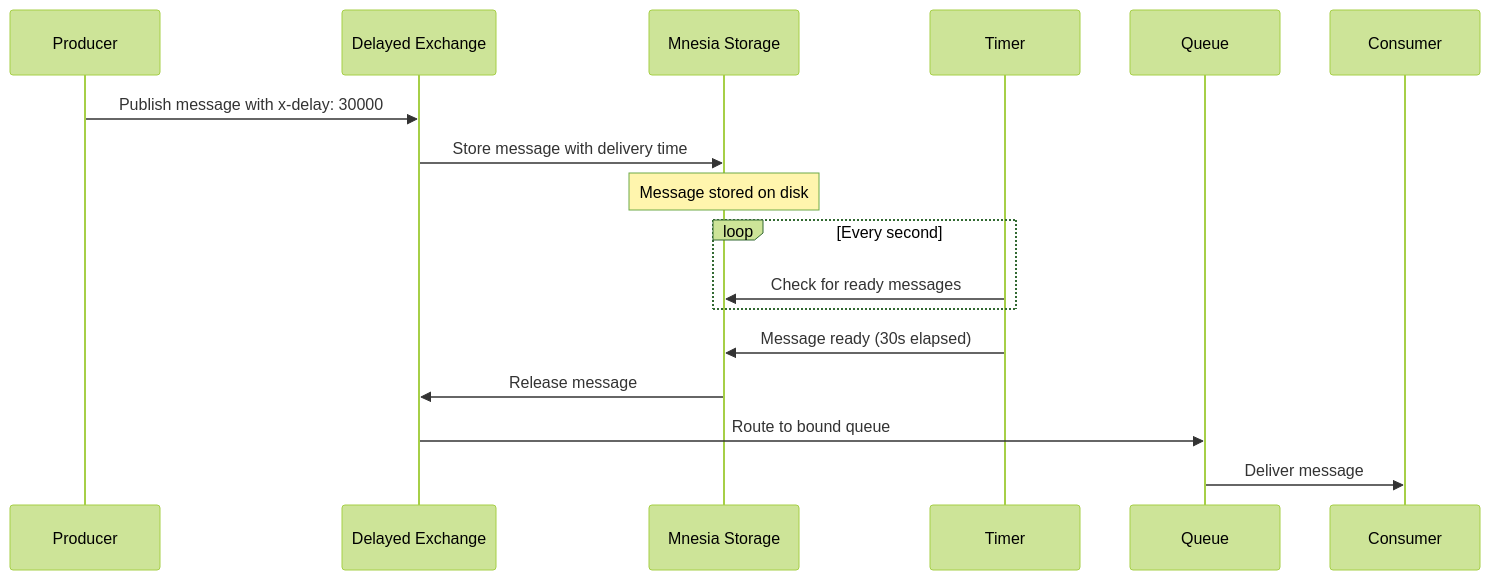
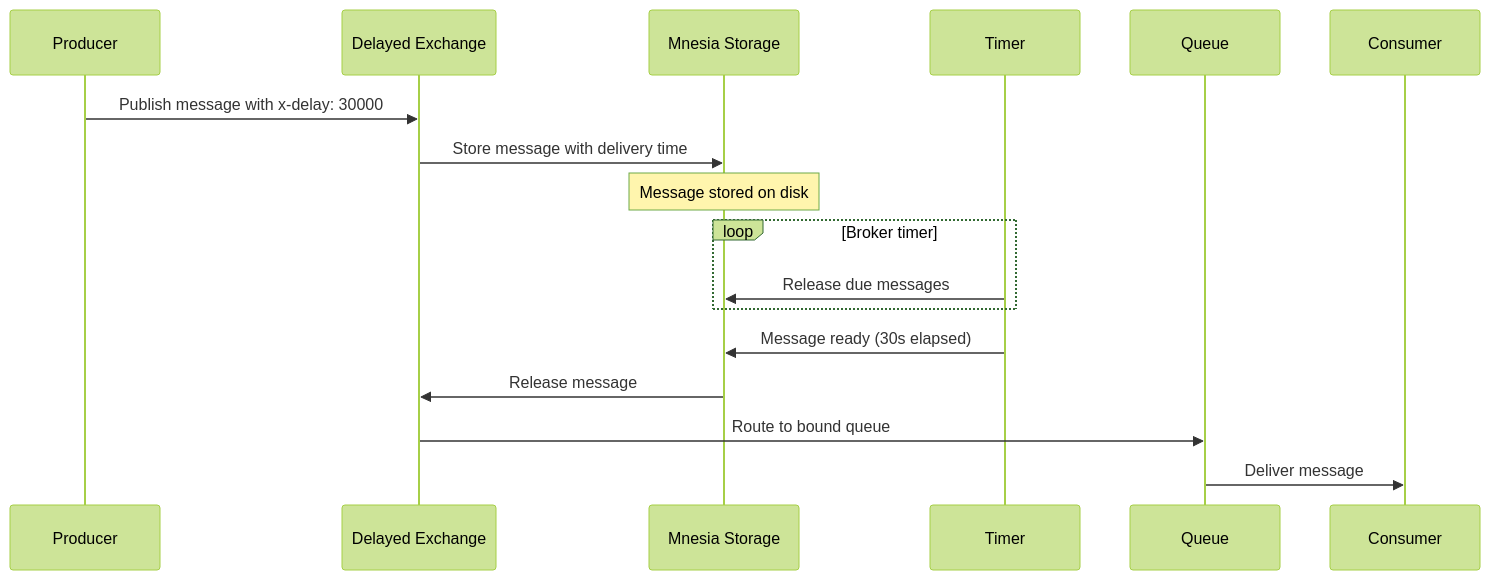
One commit to OneUptime/blog changed the second of 5 diagrams in posts/2026-01-27-rabbitmq-delayed-exchange/README.md. Above: the diagram before and after it, drawn with Mermaid (forest theme). The commit also changed other lines of this file and 2 other files, not shown here.

````diff
--- a/posts/2026-01-27-rabbitmq-delayed-exchange/README.md
+++ b/posts/2026-01-27-rabbitmq-delayed-exchange/README.md
@@ -125,22 +127,22 @@
 ```mermaid
 sequenceDiagram
     participant P as Producer
     participant E as Delayed Exchange
     participant M as Mnesia Storage
     participant T as Timer
     participant Q as Queue
     participant C as Consumer
 
     P->>E: Publish message with x-delay: 30000
     E->>M: Store message with delivery time
     Note over M: Message stored on disk
 
-    loop Every second
-        T->>M: Check for ready messages
+    loop Broker timer
+        T->>M: Release due messages
     end
 
     T->>M: Message ready (30s elapsed)
     M->>E: Release message
     E->>Q: Route to bound queue
     Q->>C: Deliver message
 ```
````
